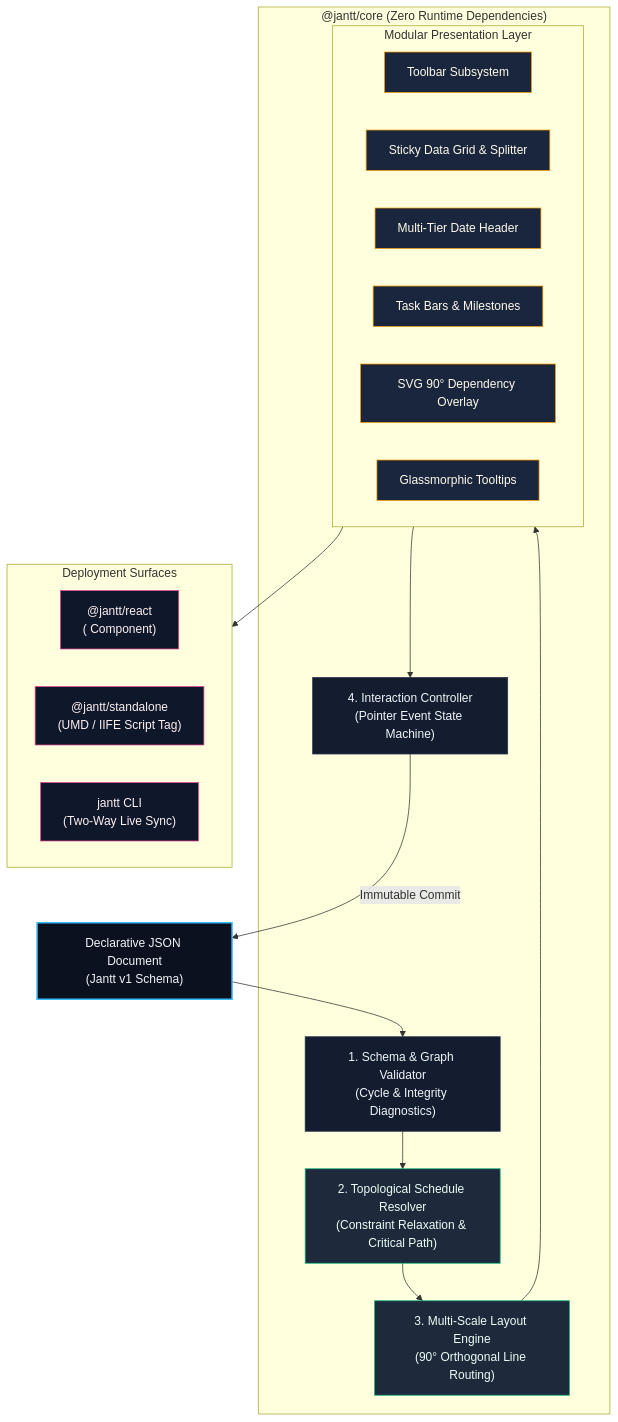
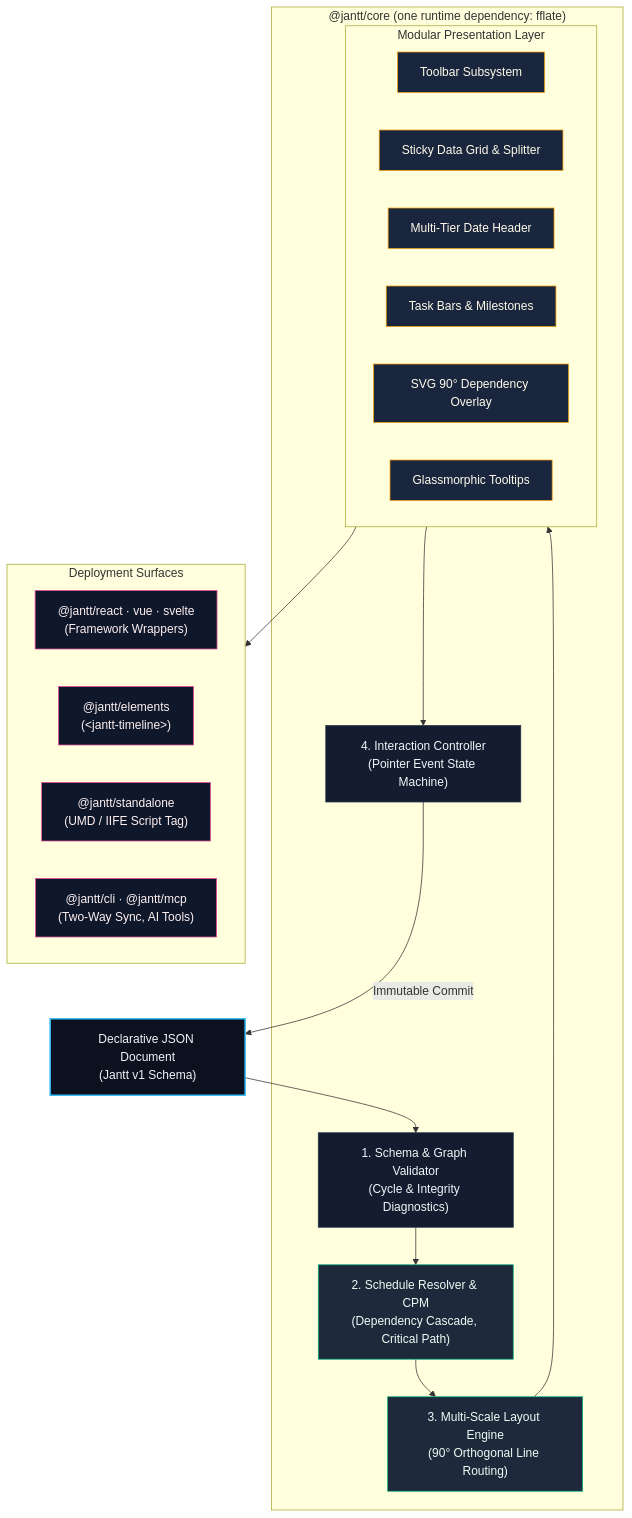
One commit to AhmadHassan-BTed/Jantt changed the second of 3 diagrams in README.md. Above: the diagram before and after it, drawn with Mermaid. The commit also changed other lines of this file and 309 other files, not shown here.

````diff
--- a/README.md
+++ b/README.md
@@ -591,43 +595,44 @@
 ```mermaid
 flowchart TD
     classDef input fill:#0B111E,stroke:#38BDF8,stroke-width:2px,color:#F1F5F9;
     classDef core fill:#141D2F,stroke:#24324B,stroke-width:1px,color:#F1F5F9;
     classDef algo fill:#1E293B,stroke:#10B981,stroke-width:1px,color:#ECFDF5;
     classDef render fill:#1A263D,stroke:#F59E0B,stroke-width:1px,color:#FFFBEB;
     classDef target fill:#0F172A,stroke:#EC4899,stroke-width:1px,color:#FFF1F2;
 
     JSON["Declarative JSON Document<br/>(Jantt v1 Schema)"]:::input
     
-    subgraph CoreEngine ["@jantt/core (Zero Runtime Dependencies)"]
+    subgraph CoreEngine ["@jantt/core (one runtime dependency: fflate)"]
         VAL["1. Schema & Graph Validator<br/>(Cycle & Integrity Diagnostics)"]:::core
-        RES["2. Topological Schedule Resolver<br/>(Constraint Relaxation & Critical Path)"]:::algo
+        RES["2. Schedule Resolver & CPM<br/>(Dependency Cascade, Critical Path)"]:::algo
         LAY["3. Multi-Scale Layout Engine<br/>(90° Orthogonal Line Routing)"]:::algo
         
         subgraph Renderers ["Modular Presentation Layer"]
             REN_TBAR["Toolbar Subsystem"]:::render
             REN_GRID["Sticky Data Grid & Splitter"]:::render
             REN_HEAD["Multi-Tier Date Header"]:::render
             REN_BARS["Task Bars & Milestones"]:::render
             REN_SVG["SVG 90° Dependency Overlay"]:::render
             REN_TIP["Glassmorphic Tooltips"]:::render
         end
         
         CTRL["4. Interaction Controller<br/>(Pointer Event State Machine)"]:::core
     end
 
     JSON --> VAL
     VAL --> RES
     RES --> LAY
     LAY --> Renderers
     Renderers --> CTRL
 
     CTRL -- "Immutable Commit" --> JSON
 
     subgraph Targets ["Deployment Surfaces"]
-        T_REACT["@jantt/react<br/>(<Jantt /> Component)"]:::target
+        T_REACT["@jantt/react · vue · svelte<br/>(Framework Wrappers)"]:::target
+        T_ELEM["@jantt/elements<br/>(&lt;jantt-timeline&gt;)"]:::target
         T_STAND["@jantt/standalone<br/>(UMD / IIFE Script Tag)"]:::target
-        T_CLI["jantt CLI<br/>(Two-Way Live Sync)"]:::target
+        T_CLI["@jantt/cli · @jantt/mcp<br/>(Two-Way Sync, AI Tools)"]:::target
     end
 
     Renderers --> Targets
 ```
````
